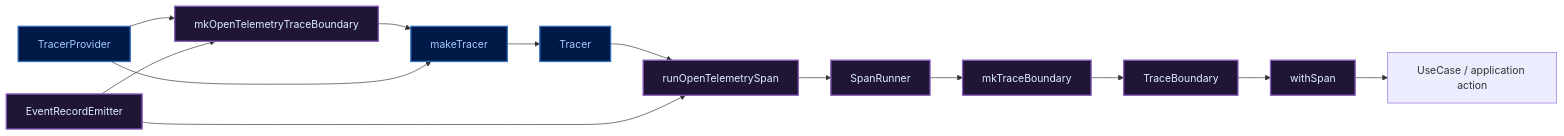
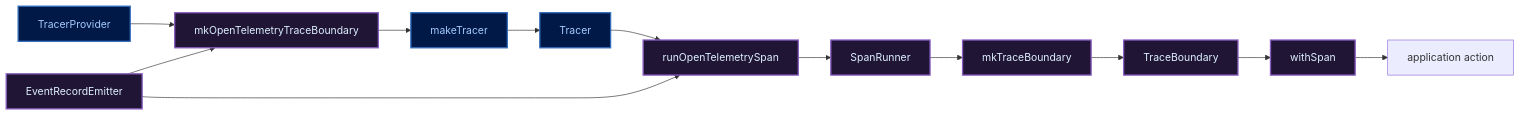
The first of 2 diagrams in Notes/RAGScope/RAGScopeアプリケーション/mkOpenTelemetryTraceBoundaryとTrace Adapter実行フロー.md (takashit16833/Workbench), drawn with Mermaid before and after one commit. The commit also changed other lines of this file, not shown here.

````diff
--- a/Notes/RAGScope/RAGScopeアプリケーション/mkOpenTelemetryTraceBoundaryとTrace Adapter実行フロー.md
+++ b/Notes/RAGScope/RAGScopeアプリケーション/mkOpenTelemetryTraceBoundaryとTrace Adapter実行フロー.md
@@ -95,24 +146,20 @@
 ```mermaid
 flowchart LR
     TP["TracerProvider"] --> MK["mkOpenTelemetryTraceBoundary"]
     ER["EventRecordEmitter"] --> MK
-
     MK --> MT["makeTracer"]
-    TP --> MT
     MT --> TR["Tracer"]
-
     TR --> RUN["runOpenTelemetrySpan"]
     ER --> RUN
     RUN --> SR["SpanRunner"]
-
     SR --> MTB["mkTraceBoundary"]
     MTB --> TB["TraceBoundary"]
     TB --> WS["withSpan"]
-    WS --> USE["UseCase / application action"]
+    WS --> ACT["application action"]
 
     classDef private fill:#211536,stroke:#8A5EC0,color:#DDF0FF,stroke-width:2px
     classDef external fill:#001947,stroke:#316CBD,color:#A6CAFF,stroke-width:2px
 
-    class MK,RUN,SR,MTB,TB,WS,ER private
+    class MK,ER,RUN,SR,MTB,TB,WS private
     class TP,MT,TR external
 ```
````
